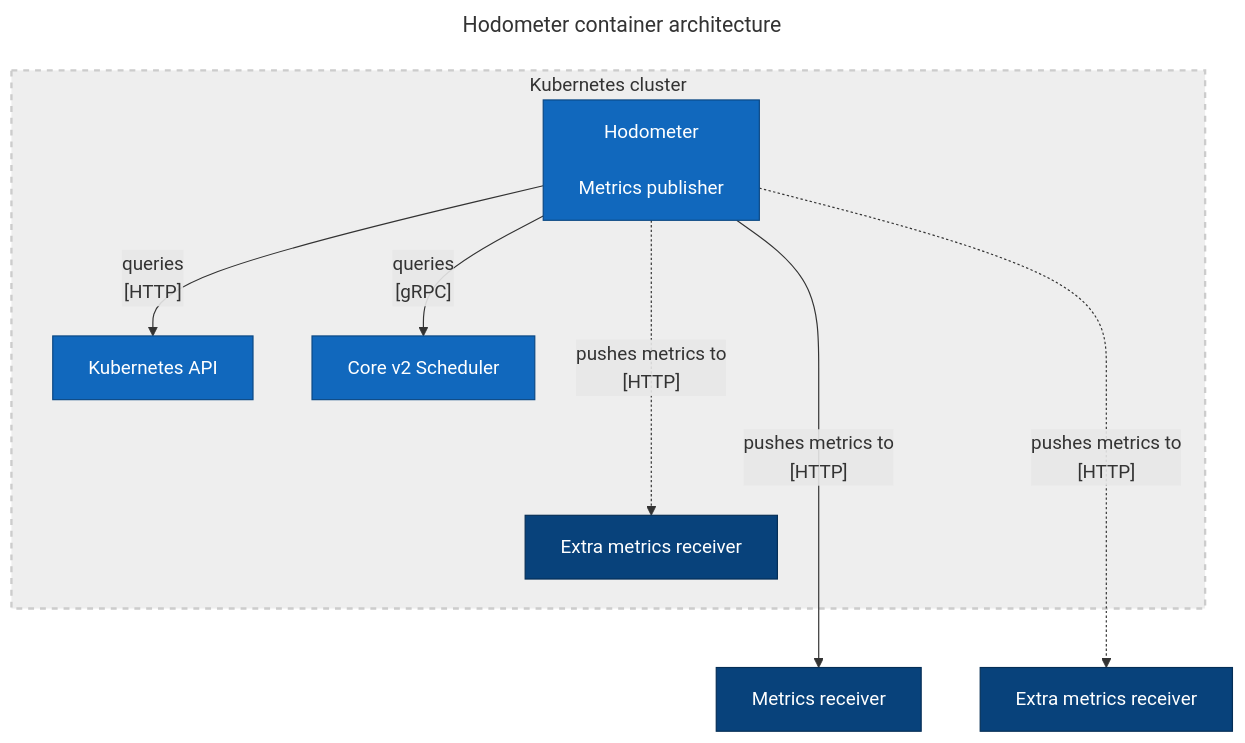
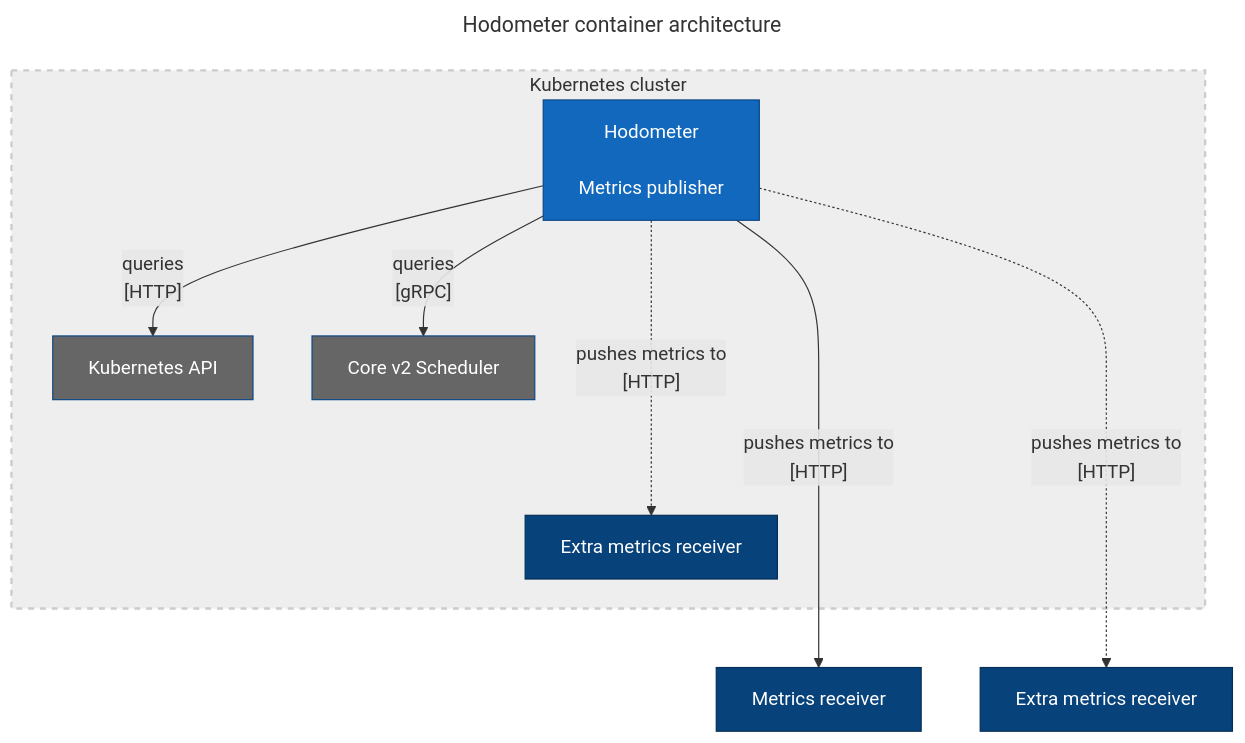
Before and after one commit to agrski/agrski.github.io: the diagram in docs/_drafts/scv2-hodometer-hodometer-container.mmd, drawn with Mermaid.

Commit message:
Fix wrong class for supporting systems in Hodometer container diagram

```diff
--- a/docs/_drafts/scv2-hodometer-hodometer-container.mmd
+++ b/docs/_drafts/scv2-hodometer-hodometer-container.mmd
@@ -1,28 +1,29 @@
 ---
 title: Hodometer container architecture
 ---
 
 flowchart TD
   H["Hodometer\n\nMetrics publisher"]
   K["Kubernetes API"]
   S["Core v2 Scheduler"]
   R1["Metrics receiver"]
   R2["Extra metrics receiver"]
   R3["Extra metrics receiver"]
 
   subgraph k8s-cluster[Kubernetes cluster]
     H --> |"queries\n[gRPC]"| S
     H --> |"queries\n[HTTP]"| K
     H -..-> |"pushes metrics to\n[HTTP]"| R2
   end
   H ----> |"pushes metrics to\n[HTTP]"| R1
   H -...-> |"pushes metrics to\n[HTTP]"| R3
 
   classDef focusSystem      fill:#1168bd,stroke:#0b4884,color:#ffffff
   classDef supportingSystem fill:#666,stroke:#0b4884,color:#ffffff
   classDef consumingSystem  fill:#08427b,stroke:#052e56,color:#ffffff
   classDef systemBoundary   fill:#eee,stroke:#ccc,stroke-width:2px,stroke-dasharray: 5 5
 
-  class H,S,K focusSystem
+  class H focusSystem
+  class S,K supportingSystem
   class R1,R2,R3 consumingSystem
   class k8s-cluster systemBoundary
```
